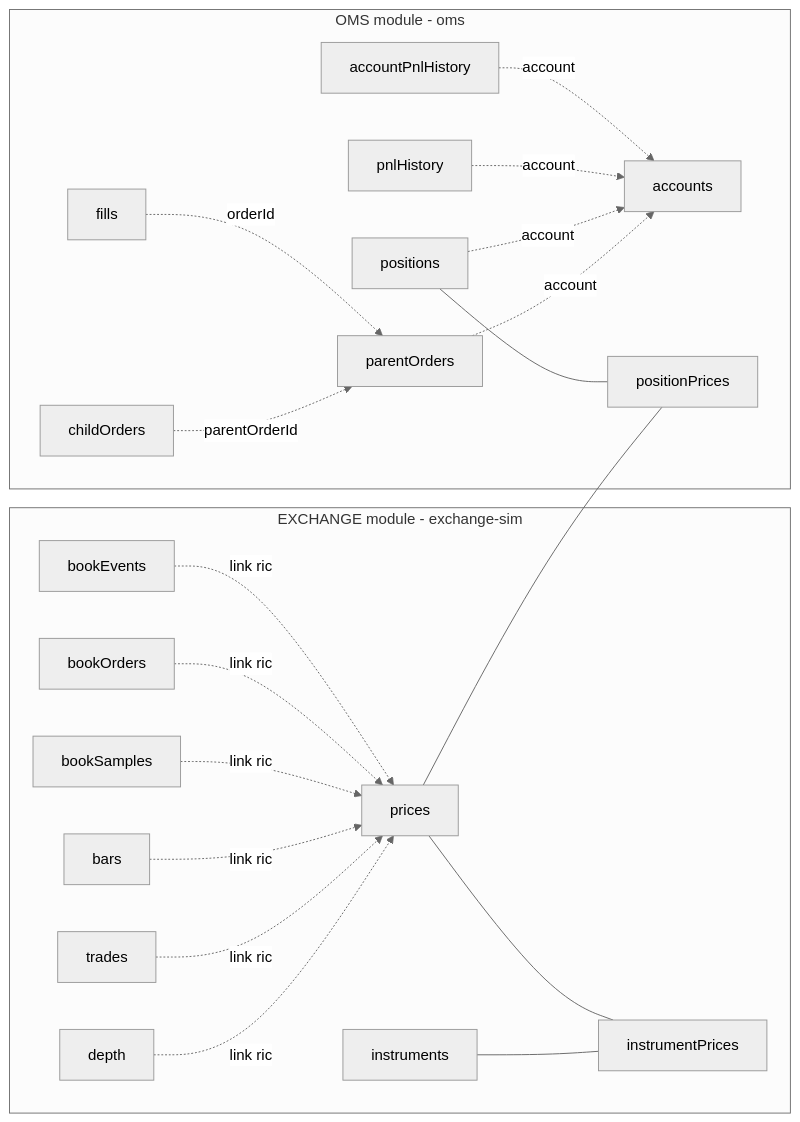
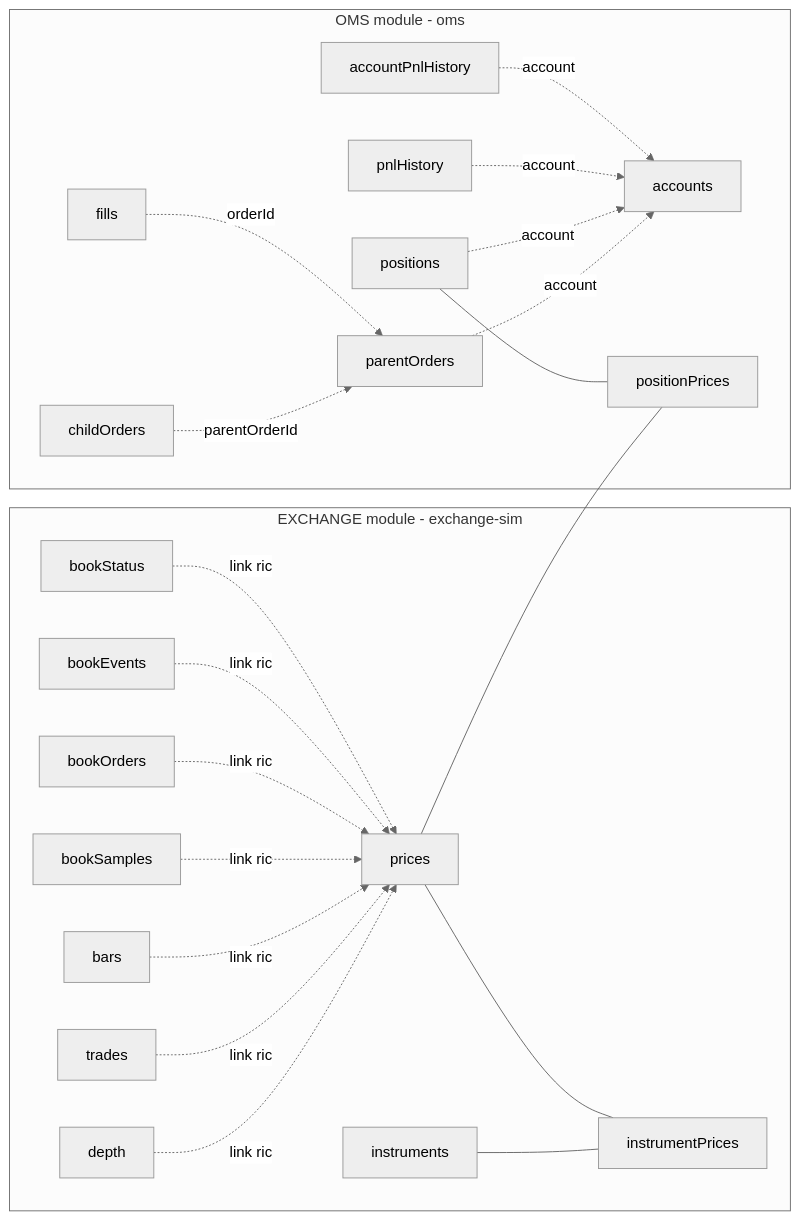
One commit to heswell/trader changed the diagram in docs/schemas.md. Above: the diagram before and after it, drawn with Mermaid (neutral theme). The commit also changed other lines of this file and 21 other files, not shown here.

First line of the commit message:
L3 snapshot marker (bookStatus) and RESET event

````diff
--- a/docs/schemas.md
+++ b/docs/schemas.md
@@ -9,24 +9,25 @@
 ```mermaid
 flowchart LR
   subgraph EXCHANGE [EXCHANGE module - exchange-sim]
     instruments --- instrumentPrices
     prices --- instrumentPrices
     depth -. link ric .-> prices
     trades -. link ric .-> prices
     bars -. link ric .-> prices
     bookSamples -. link ric .-> prices
     bookOrders -. link ric .-> prices
     bookEvents -. link ric .-> prices
+    bookStatus -. link ric .-> prices
   end
   subgraph OMS [OMS module - oms]
     accounts
     parentOrders -. account .-> accounts
     childOrders -. parentOrderId .-> parentOrders
     fills -. orderId .-> parentOrders
     positions -. account .-> accounts
     positions --- positionPrices
     pnlHistory -. account .-> accounts
     accountPnlHistory -. account .-> accounts
   end
   prices --- positionPrices
 ```
````
